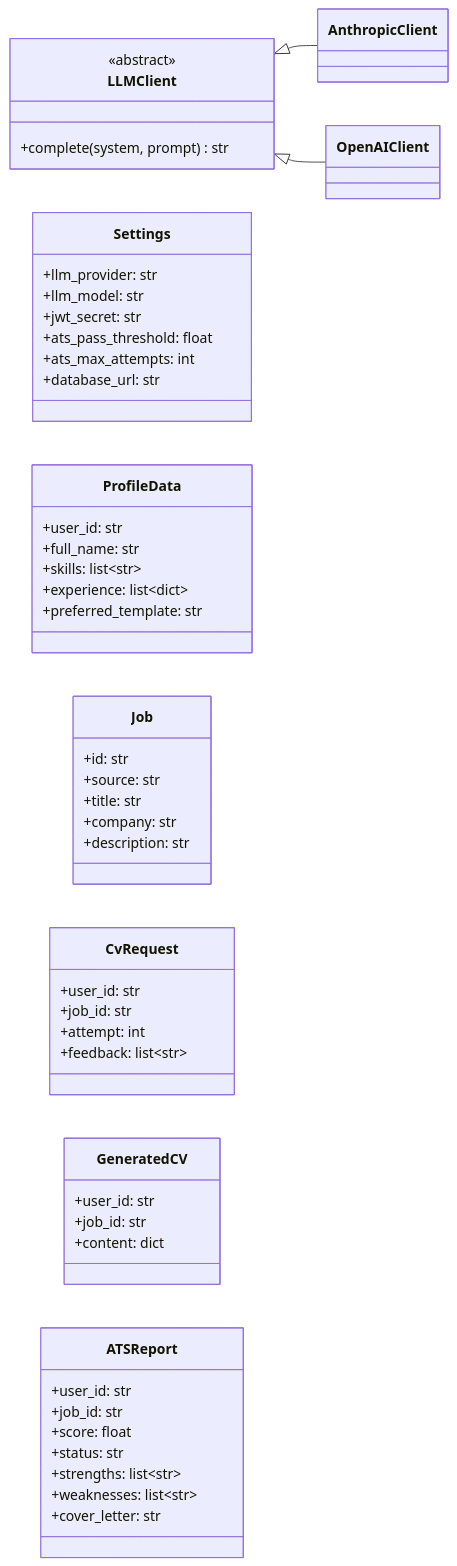
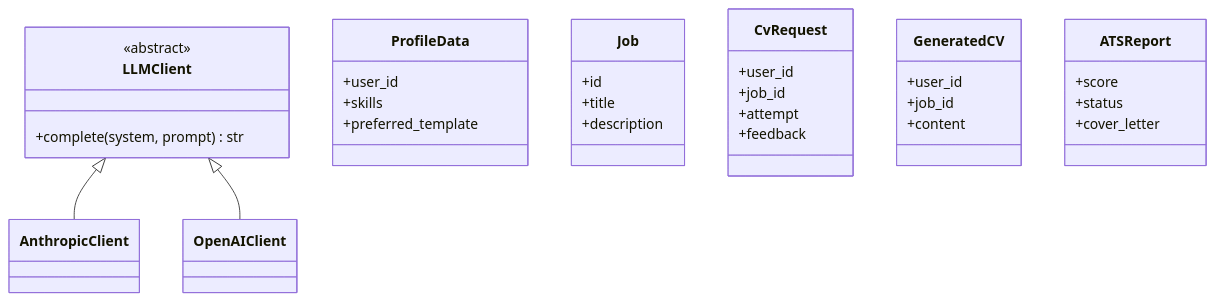
One commit to Tooltu-deve/Autonomous-Career-Agent changed the first of 9 diagrams in docs/CLASS_DIAGRAM.md. Above: the diagram before and after it, drawn with Mermaid. The commit also changed other lines of this file, not shown here.

Commit message:
docs: simplify class diagrams to core classes per component

````diff
--- a/docs/CLASS_DIAGRAM.md
+++ b/docs/CLASS_DIAGRAM.md
@@ -33,56 +25,36 @@
 ```mermaid
 classDiagram
-    direction LR
     class LLMClient {
         <<abstract>>
         +complete(system, prompt) str
     }
-    class AnthropicClient
-    class OpenAIClient
     LLMClient <|-- AnthropicClient
     LLMClient <|-- OpenAIClient
 
-    class Settings {
-        +llm_provider: str
-        +llm_model: str
-        +jwt_secret: str
-        +ats_pass_threshold: float
-        +ats_max_attempts: int
-        +database_url: str
-    }
-
     class ProfileData {
-        +user_id: str
-        +full_name: str
-        +skills: list~str~
-        +experience: list~dict~
-        +preferred_template: str
+        +user_id
+        +skills
+        +preferred_template
     }
     class Job {
-        +id: str
-        +source: str
-        +title: str
-        +company: str
-        +description: str
+        +id
+        +title
+        +description
     }
     class CvRequest {
-        +user_id: str
-        +job_id: str
-        +attempt: int
-        +feedback: list~str~
+        +user_id
+        +job_id
+        +attempt
+        +feedback
     }
     class GeneratedCV {
-        +user_id: str
-        +job_id: str
-        +content: dict
+        +user_id
+        +job_id
+        +content
     }
     class ATSReport {
-        +user_id: str
-        +job_id: str
-        +score: float
-        +status: str
-        +strengths: list~str~
-        +weaknesses: list~str~
-        +cover_letter: str
+        +score
+        +status
+        +cover_letter
     }
 ```
````
